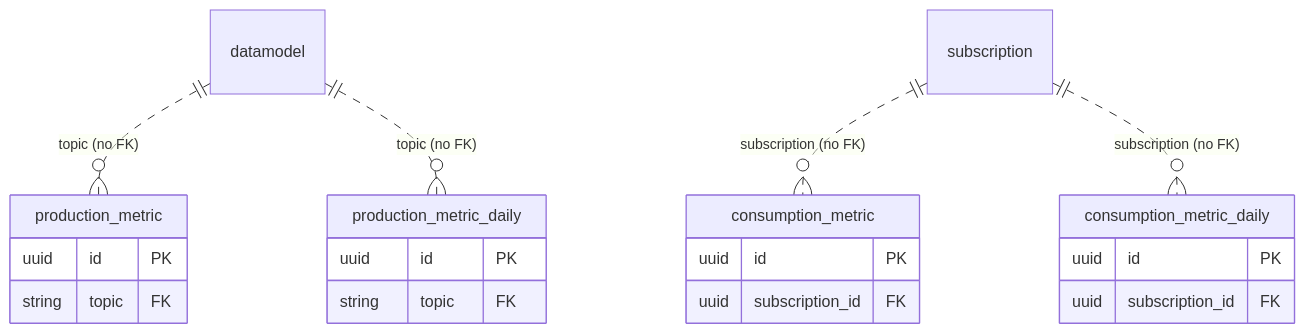
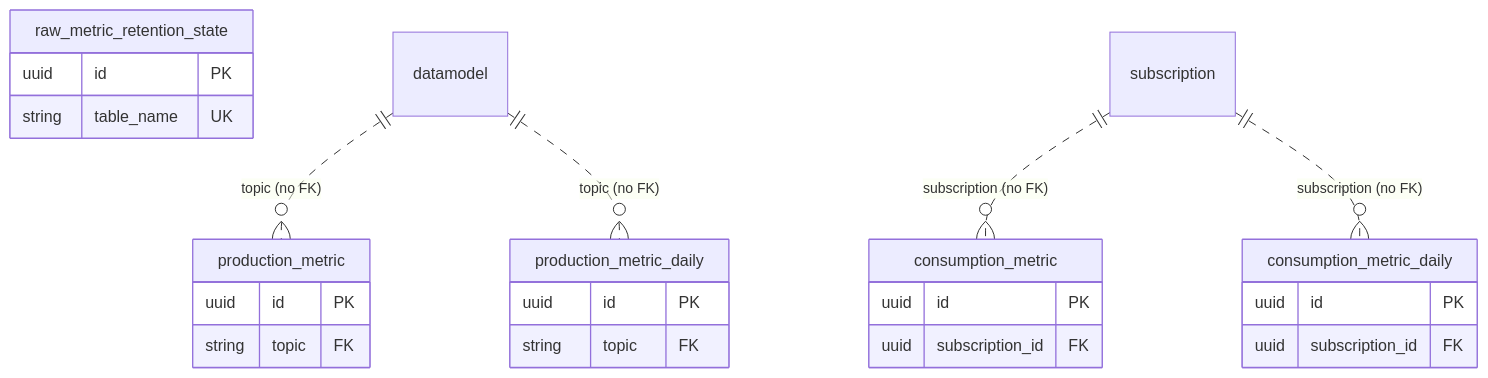
The fifth of 7 diagrams in deployment/reference/data-model.mdx (Popsink/docs), drawn with Mermaid before and after one commit. The commit also changed other lines of this file and 9 other files, not shown here.

````diff
--- a/deployment/reference/data-model.mdx
+++ b/deployment/reference/data-model.mdx
@@ -554,25 +607,29 @@
 ```mermaid
 erDiagram
     consumption_metric {
         uuid id PK
         uuid subscription_id FK
     }
     consumption_metric_daily {
         uuid id PK
         uuid subscription_id FK
     }
     production_metric {
         uuid id PK
         string topic FK
     }
     production_metric_daily {
         uuid id PK
         string topic FK
     }
+    raw_metric_retention_state {
+        uuid id PK
+        string table_name UK
+    }
     datamodel
     subscription
     subscription ||..o{ consumption_metric : "subscription (no FK)"
     subscription ||..o{ consumption_metric_daily : "subscription (no FK)"
     datamodel ||..o{ production_metric : "topic (no FK)"
     datamodel ||..o{ production_metric_daily : "topic (no FK)"
 ```
````
